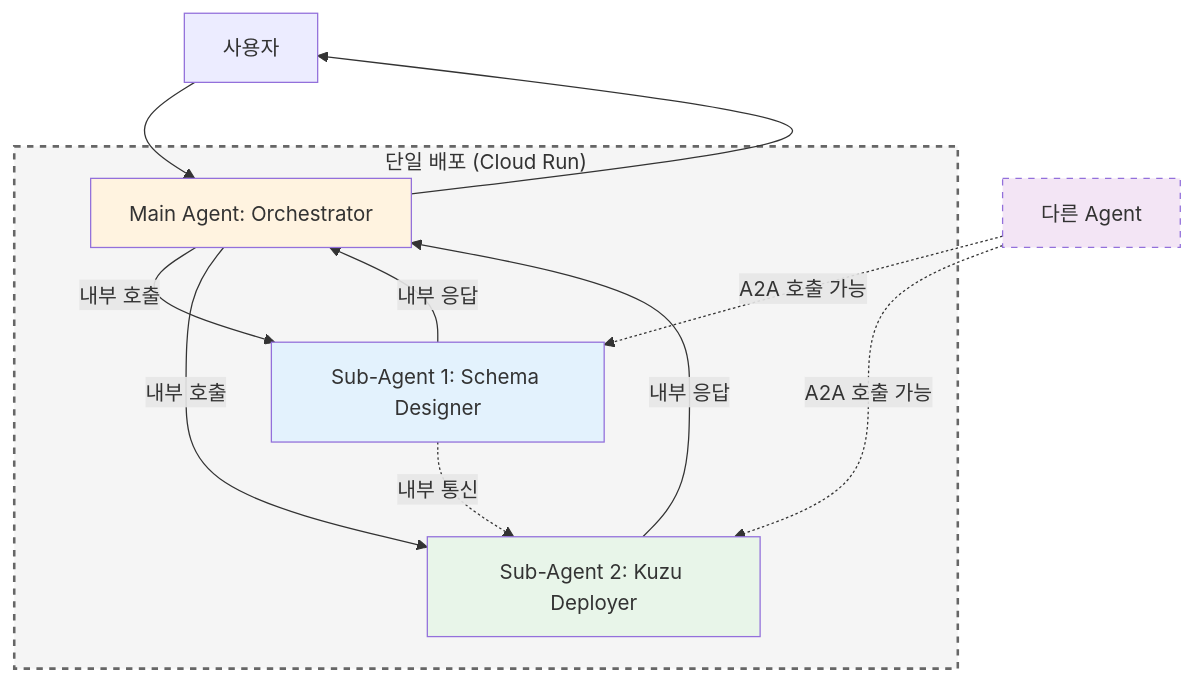
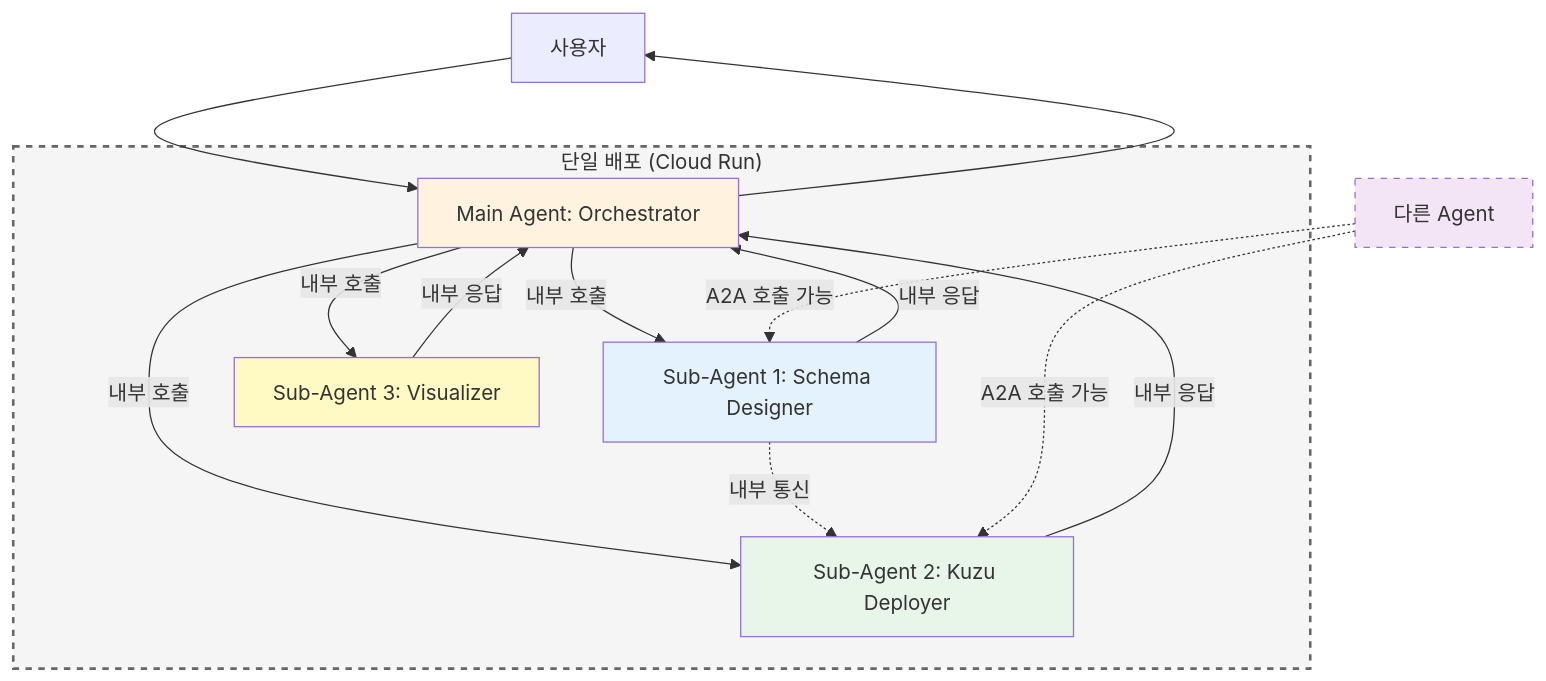
Before and after one commit to javalove93/202602g_GDG_Build_with_AI: the first of 2 diagrams in docs/Graph_Designer_ADK_Agent_Implementation_Plan.md, drawn with Mermaid. The commit also changed other lines of this file, not shown here.

Commit message:
docs: extract visualization to Sub-Agent 3 (Visualizer) to achieve Source of Truth using actual Kuzu DB metadata

````diff
--- a/docs/Graph_Designer_ADK_Agent_Implementation_Plan.md
+++ b/docs/Graph_Designer_ADK_Agent_Implementation_Plan.md
@@ -67,25 +67,29 @@
 ```mermaid
 graph TB
     User[사용자] --> MainAgent[Main Agent: Orchestrator]
     
     subgraph SingleDeployment["단일 배포 (Cloud Run)"]
         MainAgent -->|내부 호출| SubAgent1[Sub-Agent 1: Schema Designer]
         SubAgent1 -->|내부 응답| MainAgent
         
         MainAgent -->|내부 호출| SubAgent2[Sub-Agent 2: Kuzu Deployer]
         SubAgent2 -->|내부 응답| MainAgent
+        
+        MainAgent -->|내부 호출| SubAgent3[Sub-Agent 3: Visualizer]
+        SubAgent3 -->|내부 응답| MainAgent
         
         SubAgent1 -.->|내부 통신| SubAgent2
     end
     
     MainAgent --> User
     
     OtherAgent[다른 Agent] -.->|A2A 호출 가능| SubAgent1
     OtherAgent -.->|A2A 호출 가능| SubAgent2
     
     style MainAgent fill:#FFF3E0
     style SubAgent1 fill:#E3F2FD
     style SubAgent2 fill:#E8F5E9
+    style SubAgent3 fill:#FFF9C4
     style SingleDeployment fill:#F5F5F5,stroke:#666,stroke-width:2px,stroke-dasharray: 5 5
     style OtherAgent fill:#F3E5F5,stroke-dasharray: 5 5
 ```
````
